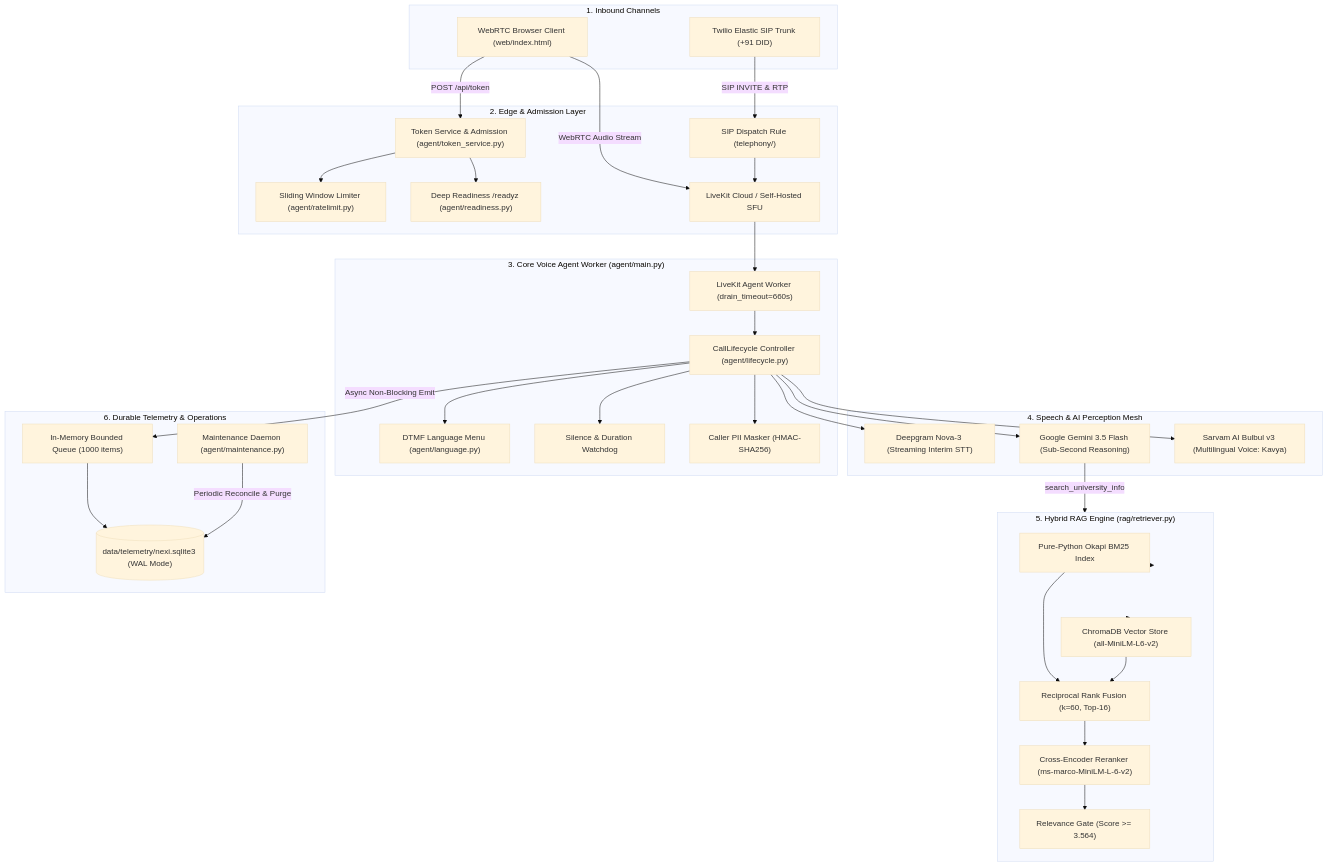
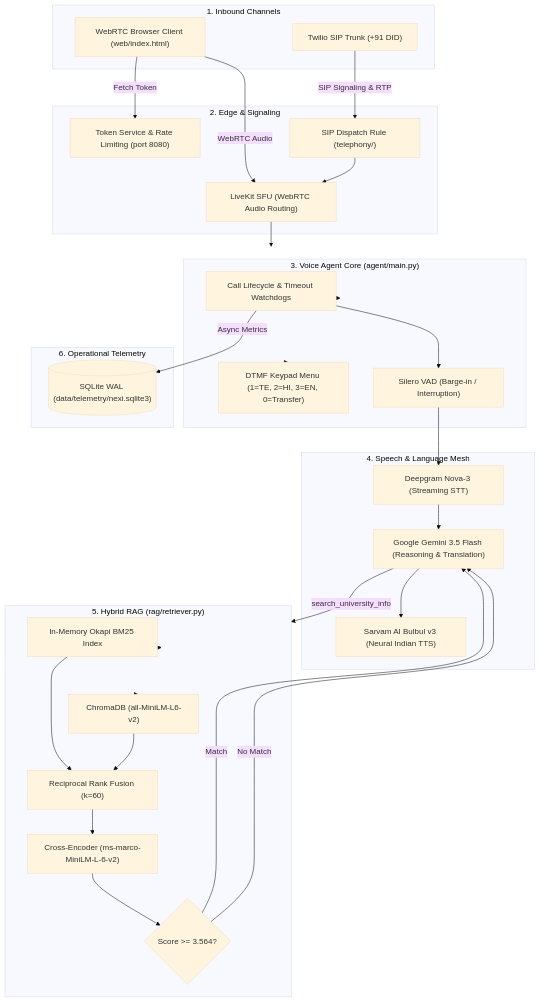
Before and after one commit to YEsh-DEV/nexi-ntl: the diagram in README.md, drawn with Mermaid (base theme). The commit also changed other lines of this file and 9 other files, not shown here.

````diff
--- a/README.md
+++ b/README.md
@@ -108,63 +33,50 @@
 ```mermaid
 flowchart TD
-    subgraph Clients["1. Inbound Channels"]
+    subgraph Inbound["1. Inbound Channels"]
         Web["WebRTC Browser Client (web/index.html)"]
-        Phone["Twilio Elastic SIP Trunk (+91 DID)"]
+        Phone["Twilio SIP Trunk (+91 DID)"]
     end
 
-    subgraph Gateway["2. Edge & Admission Layer"]
-        TokenAPI["Token Service & Admission (agent/token_service.py)"]
-        RateLimiter["Sliding Window Limiter (agent/ratelimit.py)"]
-        Readiness["Deep Readiness /readyz (agent/readiness.py)"]
-        SFU["LiveKit Cloud / Self-Hosted SFU"]
+    subgraph Gateway["2. Edge & Signaling"]
+        TokenAPI["Token Service & Rate Limiting (port 8080)"]
+        SFU["LiveKit SFU (WebRTC Audio Routing)"]
         SIPTrunk["SIP Dispatch Rule (telephony/)"]
     end
 
-    subgraph Runtime["3. Core Voice Agent Worker (agent/main.py)"]
-        Worker["LiveKit Agent Worker (drain_timeout=660s)"]
-        Lifecycle["CallLifecycle Controller (agent/lifecycle.py)"]
-        DTMF["DTMF Language Menu (agent/language.py)"]
-        Watchdog["Silence & Duration Watchdog"]
-        Masker["Caller PII Masker (HMAC-SHA256)"]
+    subgraph Agent["3. Voice Agent Core (agent/main.py)"]
+        Lifecycle["Call Lifecycle & Timeout Watchdogs"]
+        DTMF["DTMF Keypad Menu (1=TE, 2=HI, 3=EN, 0=Transfer)"]
+        VAD["Silero VAD (Barge-in / Interruption)"]
     end
 
-    subgraph Perception["4. Speech & AI Perception Mesh"]
-        STT["Deepgram Nova-3 (Streaming Interim STT)"]
-        LLM["Google Gemini 3.5 Flash (Sub-Second Reasoning)"]
-        TTS["Sarvam AI Bulbul v3 (Multilingual Voice: Kavya)"]
+    subgraph Perception["4. Speech & Language Mesh"]
+        STT["Deepgram Nova-3 (Streaming STT)"]
+        LLM["Google Gemini 3.5 Flash (Reasoning & Translation)"]
+        TTS["Sarvam AI Bulbul v3 (Neural Indian TTS)"]
     end
 
-    subgraph Knowledge["5. Hybrid RAG Engine (rag/retriever.py)"]
-        BM25["Pure-Python Okapi BM25 Index"]
-        Dense["ChromaDB Vector Store (all-MiniLM-L6-v2)"]
-        RRF["Reciprocal Rank Fusion (k=60, Top-16)"]
-        Reranker["Cross-Encoder Reranker (ms-marco-MiniLM-L-6-v2)"]
-        Gate["Relevance Gate (Score >= 3.564)"]
+    subgraph Retrieval["5. Hybrid RAG (rag/retriever.py)"]
+        BM25["In-Memory Okapi BM25 Index"]
+        Dense["ChromaDB (all-MiniLM-L6-v2)"]
+        RRF["Reciprocal Rank Fusion (k=60)"]
+        Rerank["Cross-Encoder (ms-marco-MiniLM-L-6-v2)"]
+        Gate{"Score >= 3.564?"}
     end
 
-    subgraph Storage["6. Durable Telemetry & Operations"]
-        Queue["In-Memory Bounded Queue (1000 items)"]
-        DB[("data/telemetry/nexi.sqlite3 (WAL Mode)")]
-        Maintenance["Maintenance Daemon (agent/maintenance.py)"]
+    subgraph Storage["6. Operational Telemetry"]
+        DB[("SQLite WAL (data/telemetry/nexi.sqlite3)")]
     end
 
-    Web -->|POST /api/token| TokenAPI
-    TokenAPI --> RateLimiter
-    TokenAPI --> Readiness
-    Web -->|WebRTC Audio Stream| SFU
-    Phone -->|SIP INVITE & RTP| SIPTrunk --> SFU
-    SFU --> Worker
-    Worker --> Lifecycle
-    Lifecycle --> DTMF
-    Lifecycle --> Watchdog
-    Lifecycle --> Masker
-    Lifecycle --> STT
-    Lifecycle --> LLM
-    Lifecycle --> TTS
-    LLM -->|search_university_info| Knowledge
-    Knowledge --> BM25
-    Knowledge --> Dense
-    BM25 & Dense --> RRF --> Reranker --> Gate
-    Lifecycle -->|Async Non-Blocking Emit| Queue --> DB
-    Maintenance -->|Periodic Reconcile & Purge| DB
+    Web -->|Fetch Token| TokenAPI
+    Web -->|WebRTC Audio| SFU
+    Phone -->|SIP Signaling & RTP| SIPTrunk --> SFU
+    SFU --> Agent
+    Agent --> Lifecycle --> VAD
+    Agent --> DTMF
+    VAD --> STT --> LLM --> TTS
+    LLM -->|search_university_info| Retrieval
+    Retrieval --> BM25 & Dense --> RRF --> Rerank --> Gate
+    Gate -- Match --> LLM
+    Gate -- No Match --> LLM
+    Lifecycle -->|Async Metrics| DB
 ```
````
